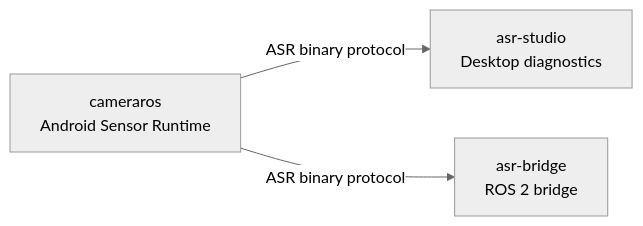
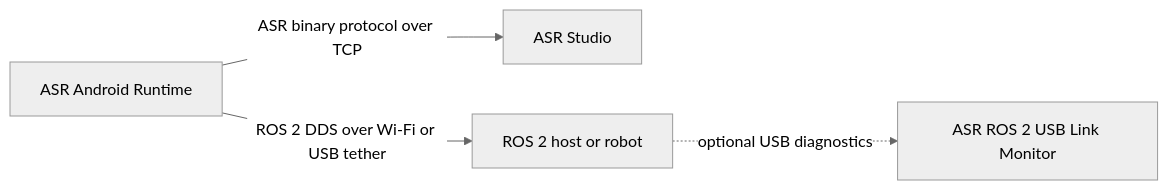
One commit to ShreyasDamase/Asrstudio changed the first of 2 diagrams in ARCHITECTURE.md. Above: the diagram before and after it, drawn with Mermaid (neutral theme). The commit also changed other lines of this file and 29 other files, not shown here.

Commit message:
Polish ASR Studio diagnostics and documentation

````diff
--- a/ARCHITECTURE.md
+++ b/ARCHITECTURE.md
@@ -7,5 +7,6 @@
 ```mermaid
 flowchart LR
-    Phone["cameraros\nAndroid Sensor Runtime"] -->|"ASR binary protocol"| Studio["asr-studio\nDesktop diagnostics"]
-    Phone -->|"ASR binary protocol"| Bridge["asr-bridge\nROS 2 bridge"]
+    Phone["ASR Android Runtime"] -->|"ASR binary protocol over TCP"| Studio["ASR Studio"]
+    Phone -->|"ROS 2 DDS over Wi-Fi or USB tether"| ROS["ROS 2 host or robot"]
+    ROS -. "optional USB diagnostics" .-> Helper["ASR ROS 2 USB Link Monitor"]
 ```
````
